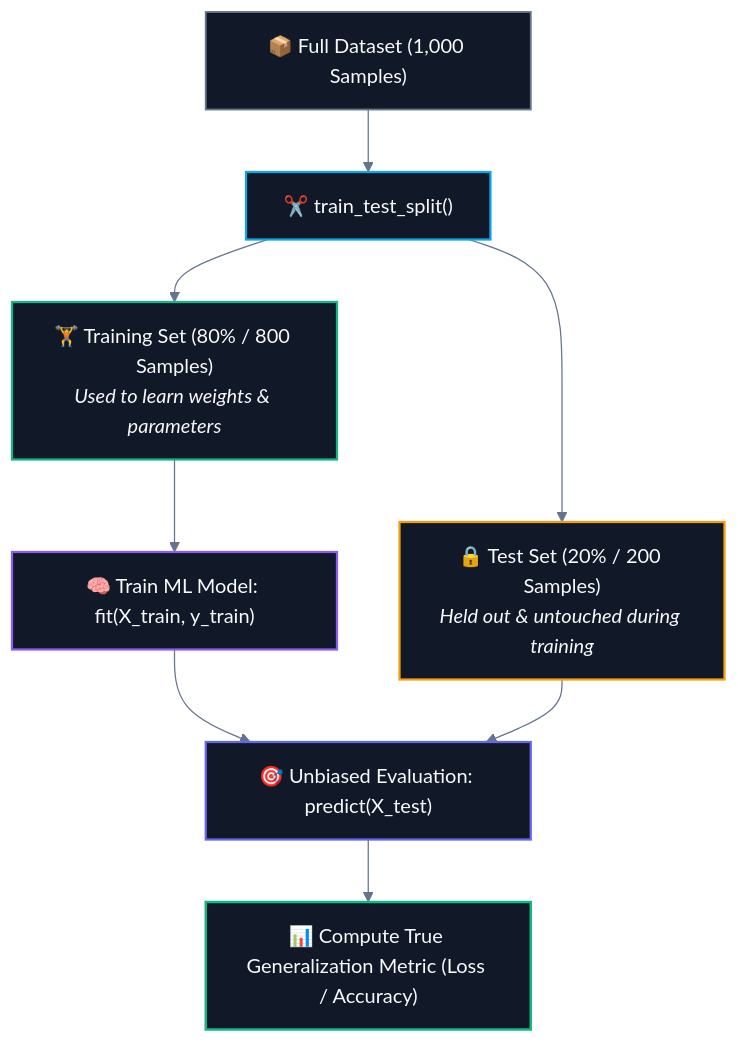
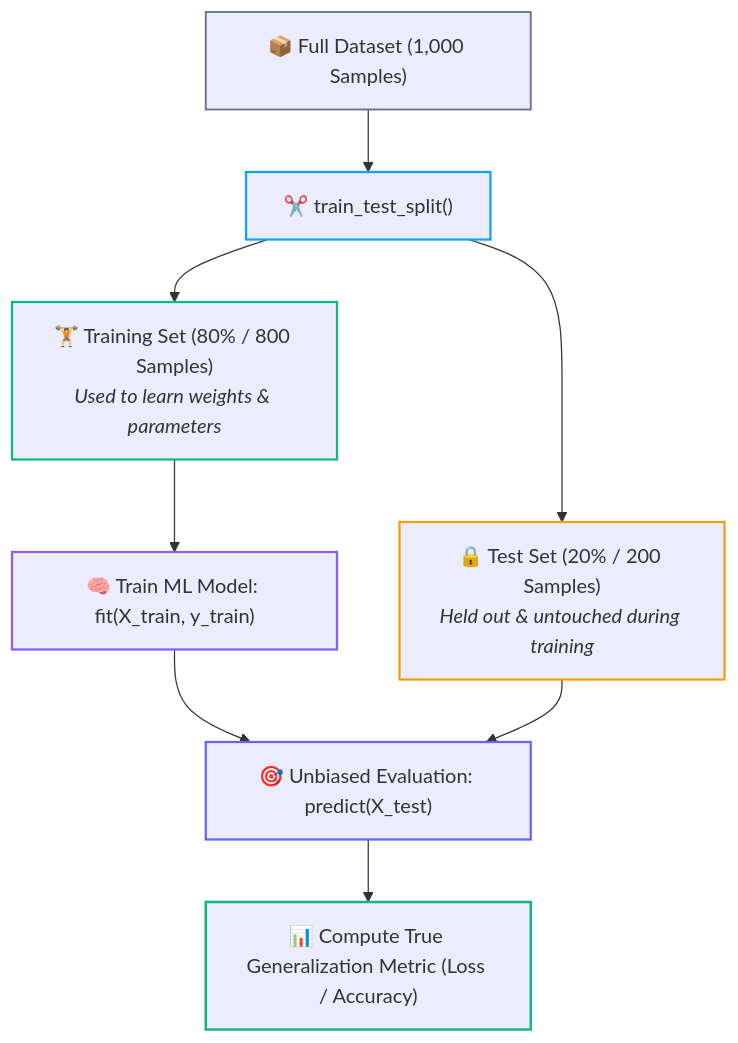
Before and after one commit to abhinavbharti2345/CS_Notes: the first of 4 diagrams in CS/AI & ML/01. Classical ML/04. Train-Test Split and Generalization.md, drawn with Mermaid. The commit also changed other lines of this file and 91 other files, not shown here.

````diff
--- a/CS/AI & ML/01. Classical ML/04. Train-Test Split and Generalization.md
+++ b/CS/AI & ML/01. Classical ML/04. Train-Test Split and Generalization.md
@@ -35,31 +35,30 @@
 ```mermaid
-%%{init: {'theme': 'base', 'themeVariables': { 'darkMode': true, 'background': '#0B0F14', 'mainBkg': '#111827', 'primaryColor': '#111827', 'primaryTextColor': '#F8FAFC', 'primaryBorderColor': '#38BDF8', 'lineColor': '#64748B', 'secondaryColor': '#0B0F14', 'tertiaryColor': '#0B0F14', 'clusterBkg': '#0B0F14', 'clusterBorder': '#38BDF8' }}}%%
 flowchart TD
     Full["📦 Full Dataset (1,000 Samples)"] --> Split["✂️ train_test_split()"]
     
     Split --> Train["🏋️ Training Set (80% / 800 Samples)<br/><i>Used to learn weights & parameters</i>"]
     Split --> Test["🔒 Test Set (20% / 200 Samples)<br/><i>Held out & untouched during training</i>"]
     
     Train --> Model["🧠 Train ML Model: fit(X_train, y_train)"]
     
     Model --> Eval["🎯 Unbiased Evaluation: predict(X_test)"]
     Test --> Eval
     
     Eval --> Metric["📊 Compute True Generalization Metric (Loss / Accuracy)"]
 
-    classDef full fill:#111827,stroke:#64748b,stroke-width:1.5px,color:#F8FAFC;
-    classDef split fill:#111827,stroke:#0ea5e9,stroke-width:1.8px,color:#F8FAFC;
-    classDef train fill:#111827,stroke:#10b981,stroke-width:1.8px,color:#F8FAFC;
-    classDef test fill:#111827,stroke:#f59e0b,stroke-width:1.8px,color:#F8FAFC;
-    classDef model fill:#111827,stroke:#8b5cf6,stroke-width:1.8px,color:#F8FAFC;
-    classDef eval fill:#111827,stroke:#6366f1,stroke-width:1.8px,color:#F8FAFC;
-    classDef metric fill:#111827,stroke:#10b981,stroke-width:2px,color:#F8FAFC;
+    classDef full stroke:#64748b,stroke-width:1.5px;
+    classDef split stroke:#0ea5e9,stroke-width:1.8px;
+    classDef train stroke:#10b981,stroke-width:1.8px;
+    classDef test stroke:#f59e0b,stroke-width:1.8px;
+    classDef model stroke:#8b5cf6,stroke-width:1.8px;
+    classDef eval stroke:#6366f1,stroke-width:1.8px;
+    classDef metric stroke:#10b981,stroke-width:2px;
 
     class Full full;
     class Split split;
     class Train train;
     class Test test;
     class Model model;
     class Eval eval;
     class Metric metric;
 ```
````
